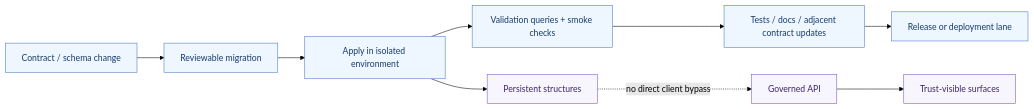
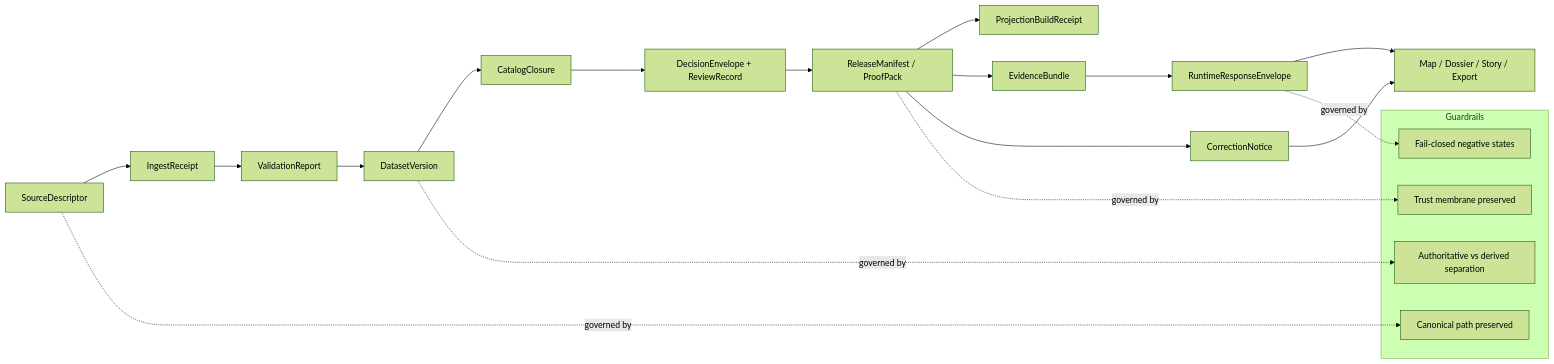
The diagram in migrations/README.md (bartytime4life/Kansas-Frontier-Matrix), drawn with Mermaid (forest theme) before and after one commit. The commit also changed other lines of this file, not shown here.

````diff
--- a/migrations/README.md
+++ b/migrations/README.md
@@ -282,18 +306,28 @@
 ```mermaid
 flowchart LR
-    A[Contract / schema change] --> B[Reviewable migration]
-    B --> C[Apply in isolated environment]
-    C --> D[Validation queries + smoke checks]
-    D --> E[Tests / docs / adjacent contract updates]
-    E --> F[Release or deployment lane]
+    A[SourceDescriptor] --> B[IngestReceipt]
+    B --> C[ValidationReport]
+    C --> D[DatasetVersion]
+    D --> E[CatalogClosure]
+    E --> F[DecisionEnvelope + ReviewRecord]
+    F --> G[ReleaseManifest / ProofPack]
+    G --> H[ProjectionBuildReceipt]
+    G --> I[EvidenceBundle]
+    I --> J[RuntimeResponseEnvelope]
+    G --> K[CorrectionNotice]
 
-    C --> G[Persistent structures]
-    G -. no direct client bypass .-> H[Governed API]
-    H --> I[Trust-visible surfaces]
+    J --> L[Map / Dossier / Story / Export]
+    K --> L
 
-    classDef review fill:#eef6ff,stroke:#4a78c2,color:#183b6b;
-    classDef runtime fill:#f7f6ff,stroke:#7c52c7,color:#3e246d;
+    subgraph Guardrails
+      M[Canonical path preserved]
+      N[Trust membrane preserved]
+      O[Authoritative vs derived separation]
+      P[Fail-closed negative states]
+    end
 
-    class A,B,C,D,E,F review;
-    class G,H,I runtime;
+    A -.governed by.-> M
+    D -.governed by.-> O
+    G -.governed by.-> N
+    J -.governed by.-> P
 ```
````
